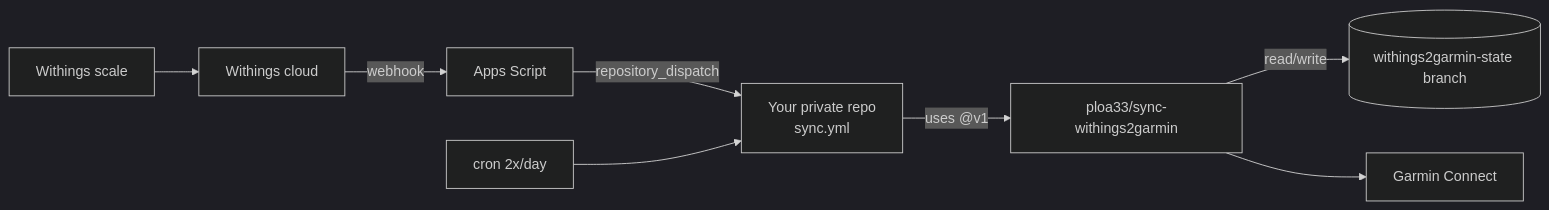
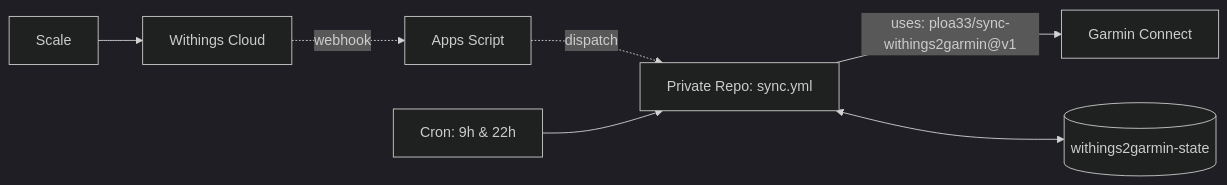
Before and after one commit to actions-marketplace-validations/ploa33_sync-withings2garmin: the diagram in README.md, drawn with Mermaid (dark theme). The commit also changed other lines of this file, not shown here.

Commit message:
docs: streamline README with marketplace badge, 1-click template button and concise architecture

````diff
--- a/README.md
+++ b/README.md
@@ -124,9 +87,8 @@
 ```mermaid
 flowchart LR
-  S[Withings scale] --> W[Withings cloud]
-  W -- webhook --> G[Apps Script] -- repository_dispatch --> A
-  C[cron 2x/day] --> A[Your private repo<br/>sync.yml]
-  A -- uses @v1 --> E[ploa33/sync-withings2garmin]
-  E -- read/write --> B[(withings2garmin-state branch)]
-  E --> GC[Garmin Connect]
+  S[Scale] --> W[Withings Cloud]
+  W -. webhook .-> G[Apps Script] -. dispatch .-> A[Private Repo: sync.yml]
+  C[Cron: 9h & 22h] --> A
+  A -- uses: ploa33/sync-withings2garmin@v1 --> M[Garmin Connect]
+  A <--> B[(withings2garmin-state)]
 ```
````
